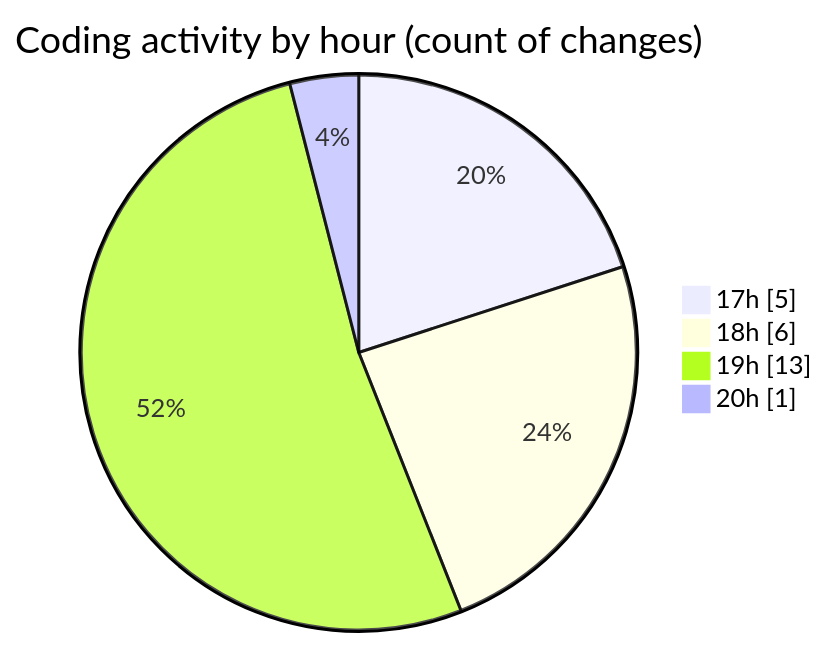
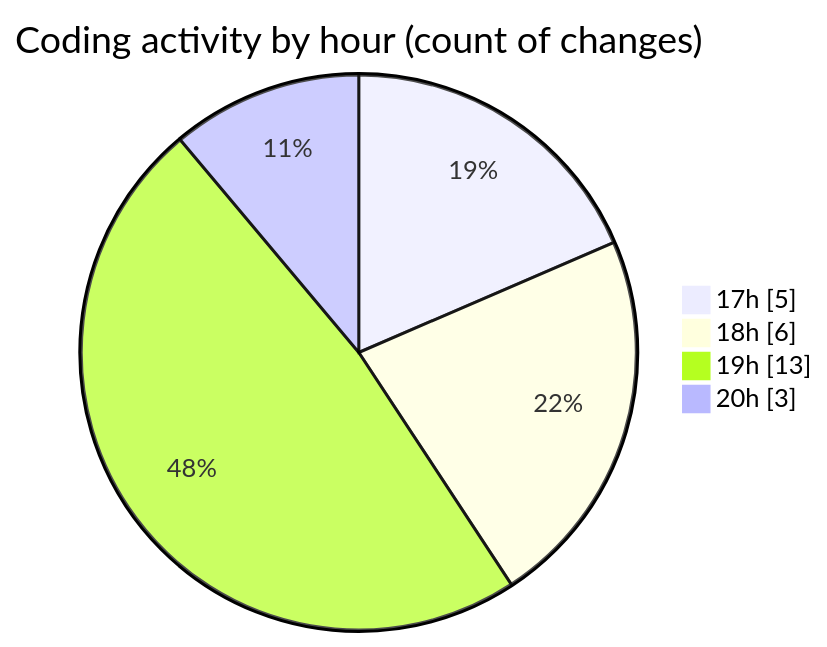
Before and after one commit to tmsrecording-cyber/code-tracking: the second of 2 diagrams in 2026-02-01/singularitybrainai/README.md, drawn with Mermaid. The commit also changed other lines of this file and 1 other file, not shown here.

````diff
--- a/2026-02-01/singularitybrainai/README.md
+++ b/2026-02-01/singularitybrainai/README.md
@@ -34,8 +34,8 @@
 ```mermaid
 pie showData
 title Coding activity by hour (count of changes)
 "17h" : 5
 "18h" : 6
 "19h" : 13
-"20h" : 1
+"20h" : 3
 ```
````
